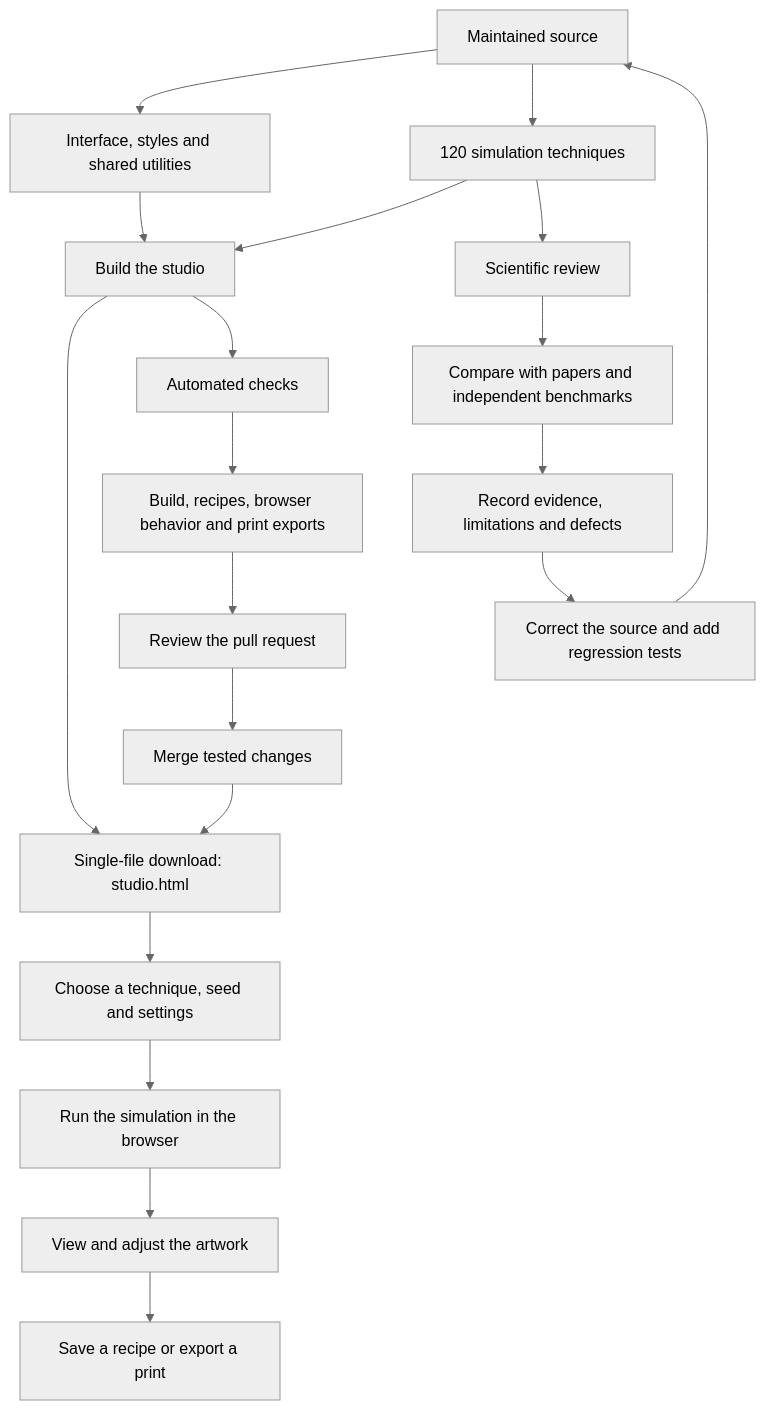
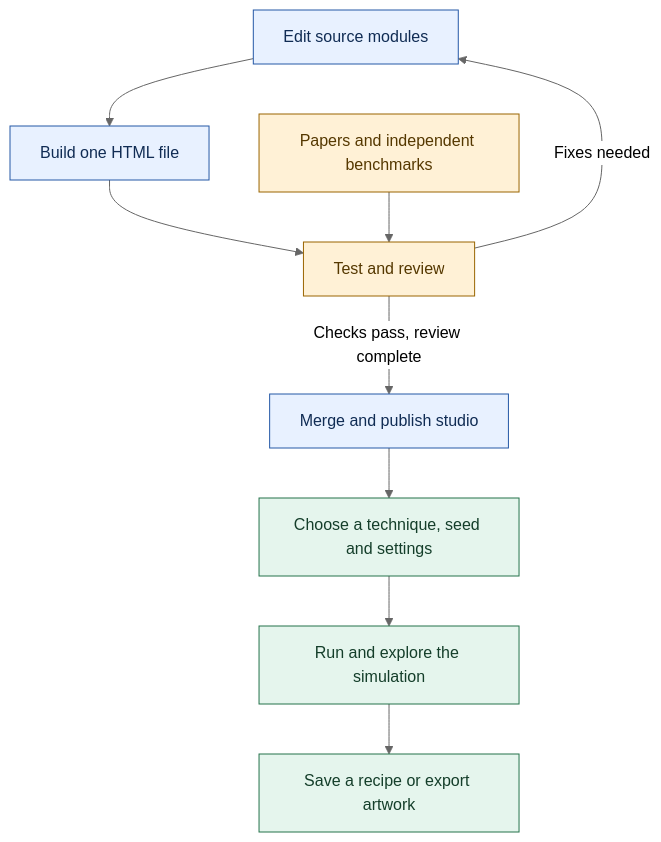
The diagram in PROJECT-FLOW.md (ChaseHendrick/GENChase), drawn with Mermaid (neutral theme) before and after one commit. The commit also changed other lines of this file and 1 other file, not shown here.

Commit message:
The README shows a compact color-coded project flow.

````diff
--- a/PROJECT-FLOW.md
+++ b/PROJECT-FLOW.md
@@ -5,22 +5,18 @@
 ```mermaid
 flowchart TD
-    A["Maintained source"] --> B["Interface, styles and shared utilities"]
-    A --> C["120 simulation techniques"]
-    B --> D["Build the studio"]
-    C --> D
-    D --> E["Single-file download: studio.html"]
-    E --> F["Choose a technique, seed and settings"]
-    F --> G["Run the simulation in the browser"]
-    G --> H["View and adjust the artwork"]
-    H --> I["Save a recipe or export a print"]
-    C --> J["Scientific review"]
-    J --> K["Compare with papers and independent benchmarks"]
-    K --> L["Record evidence, limitations and defects"]
-    L --> M["Correct the source and add regression tests"]
-    M --> A
-    D --> N["Automated checks"]
-    N --> O["Build, recipes, browser behavior and print exports"]
-    O --> P["Review the pull request"]
-    P --> Q["Merge tested changes"]
-    Q --> E
+    A["Edit source modules"] --> B["Build one HTML file"]
+    B --> C["Test and review"]
+    S["Papers and independent benchmarks"] --> C
+    C -->|Fixes needed| A
+    C -->|Checks pass, review complete| D["Merge and publish studio"]
+    D --> E["Choose a technique, seed and settings"]
+    E --> F["Run and explore the simulation"]
+    F --> G["Save a recipe or export artwork"]
+
+    classDef development fill:#e8f1ff,stroke:#2458a6,color:#102c54
+    classDef science fill:#fff1d6,stroke:#9a6500,color:#553800
+    classDef use fill:#e5f5ed,stroke:#24734b,color:#143e2a
+    class A,B,D development
+    class C,S science
+    class E,F,G use
 ```
````
